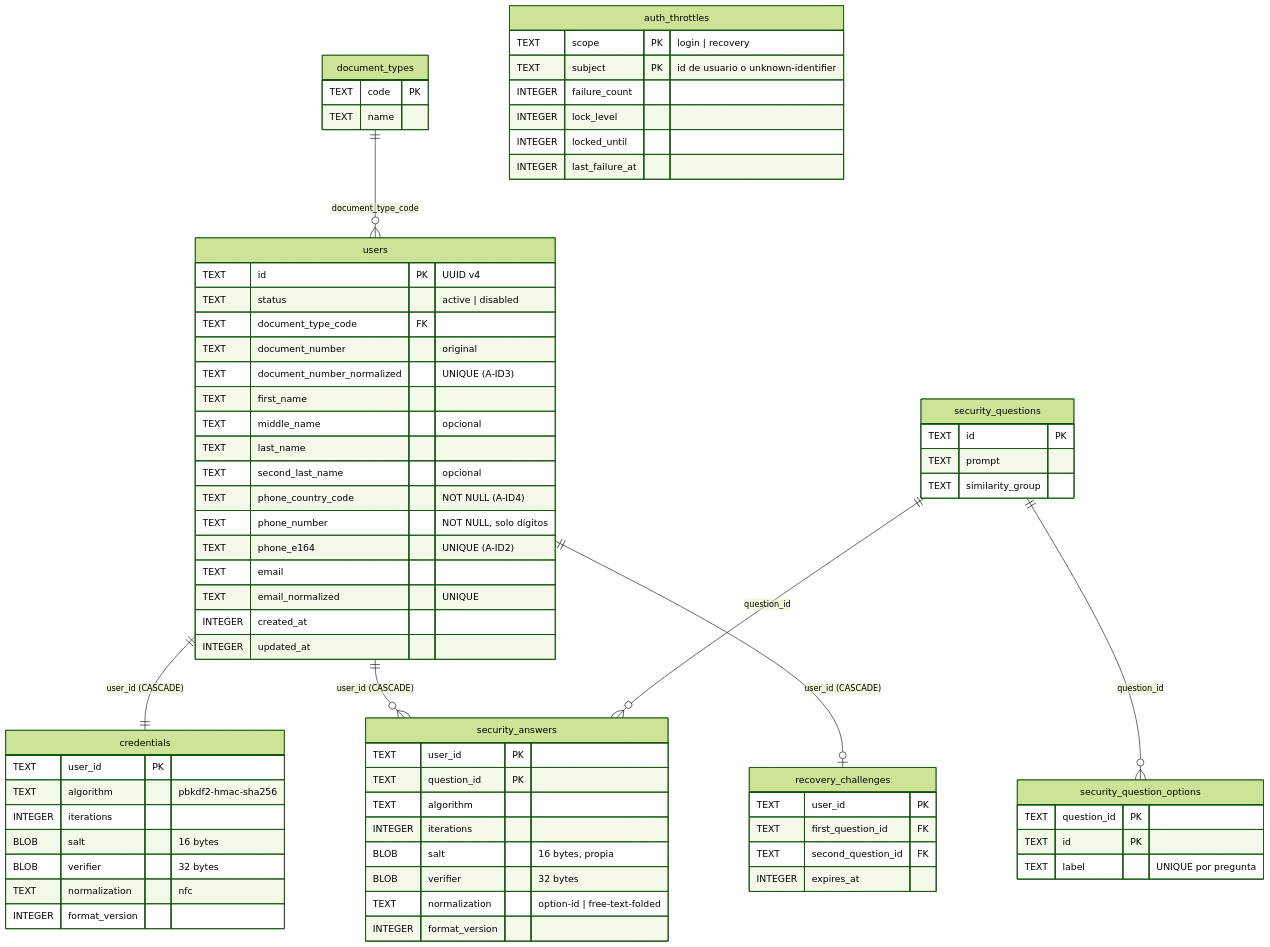
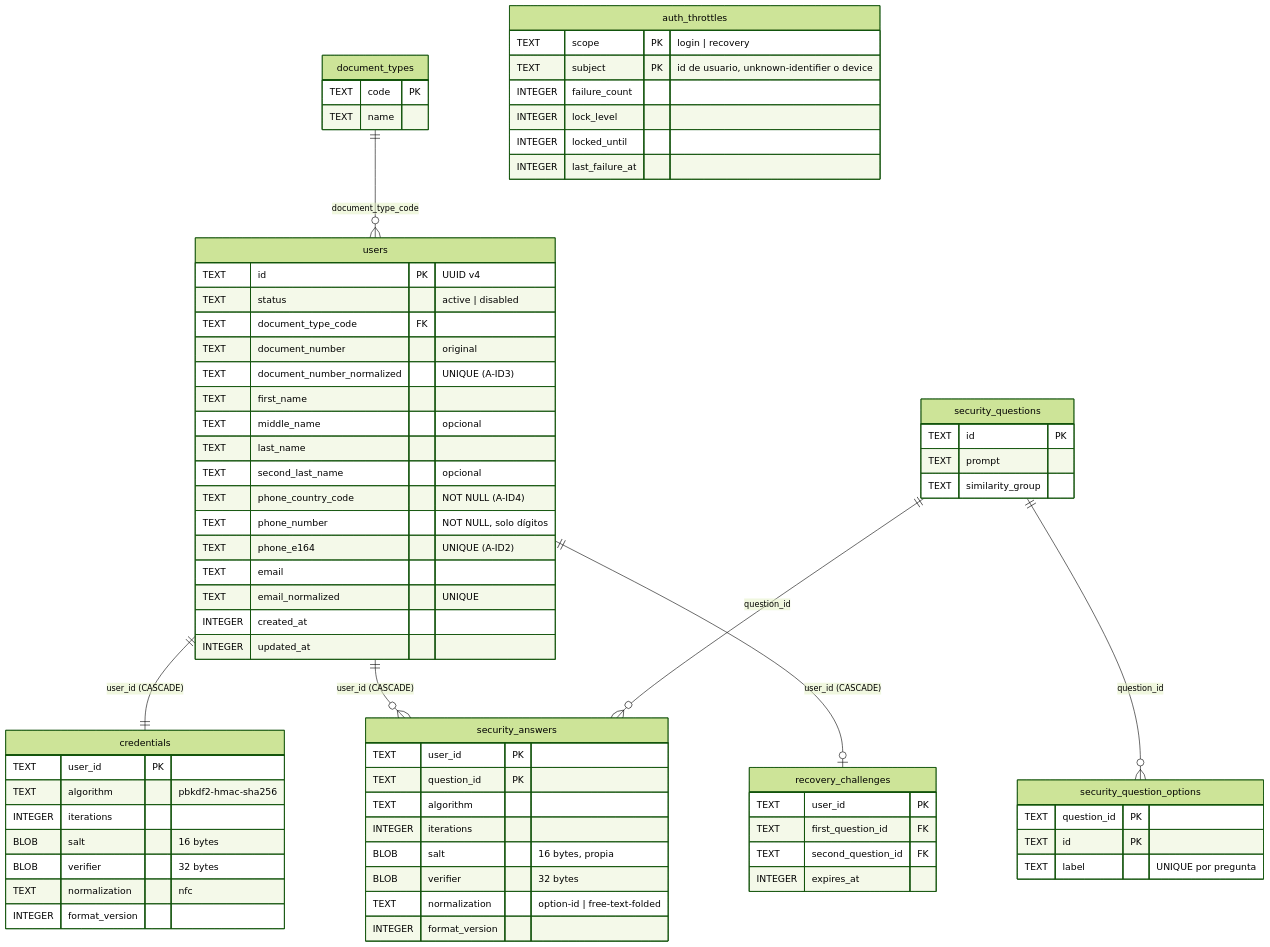
One commit to Akiraz14/GFP changed the diagram in docs/arquitectura-identidad.md. Above: the diagram before and after it, drawn with Mermaid (forest theme). The commit also changed other lines of this file and 3 other files, not shown here.

````diff
--- a/docs/arquitectura-identidad.md
+++ b/docs/arquitectura-identidad.md
@@ -52,74 +52,74 @@
 ```mermaid
 erDiagram
   document_types ||--o{ users : "document_type_code"
   users ||--|| credentials : "user_id (CASCADE)"
   users ||--o{ security_answers : "user_id (CASCADE)"
   security_questions ||--o{ security_answers : "question_id"
   security_questions ||--o{ security_question_options : "question_id"
   users ||--o| recovery_challenges : "user_id (CASCADE)"
   users {
     TEXT id PK "UUID v4"
     TEXT status "active | disabled"
     TEXT document_type_code FK
     TEXT document_number "original"
     TEXT document_number_normalized "UNIQUE (A-ID3)"
     TEXT first_name
     TEXT middle_name "opcional"
     TEXT last_name
     TEXT second_last_name "opcional"
     TEXT phone_country_code "NOT NULL (A-ID4)"
     TEXT phone_number "NOT NULL, solo dígitos"
     TEXT phone_e164 "UNIQUE (A-ID2)"
     TEXT email
     TEXT email_normalized "UNIQUE"
     INTEGER created_at
     INTEGER updated_at
   }
   credentials {
     TEXT user_id PK
     TEXT algorithm "pbkdf2-hmac-sha256"
     INTEGER iterations
     BLOB salt "16 bytes"
     BLOB verifier "32 bytes"
     TEXT normalization "nfc"
     INTEGER format_version
   }
   security_answers {
     TEXT user_id PK
     TEXT question_id PK
     TEXT algorithm
     INTEGER iterations
     BLOB salt "16 bytes, propia"
     BLOB verifier "32 bytes"
     TEXT normalization "option-id | free-text-folded"
     INTEGER format_version
   }
   security_questions {
     TEXT id PK
     TEXT prompt
     TEXT similarity_group
   }
   security_question_options {
     TEXT question_id PK
     TEXT id PK
     TEXT label "UNIQUE por pregunta"
   }
   recovery_challenges {
     TEXT user_id PK
     TEXT first_question_id FK
     TEXT second_question_id FK
     INTEGER expires_at
   }
   auth_throttles {
     TEXT scope PK "login | recovery"
-    TEXT subject PK "id de usuario o unknown-identifier"
+    TEXT subject PK "id de usuario, unknown-identifier o device"
     INTEGER failure_count
     INTEGER lock_level
     INTEGER locked_until
     INTEGER last_failure_at
   }
   document_types {
     TEXT code PK
     TEXT name
   }
 ```
````
